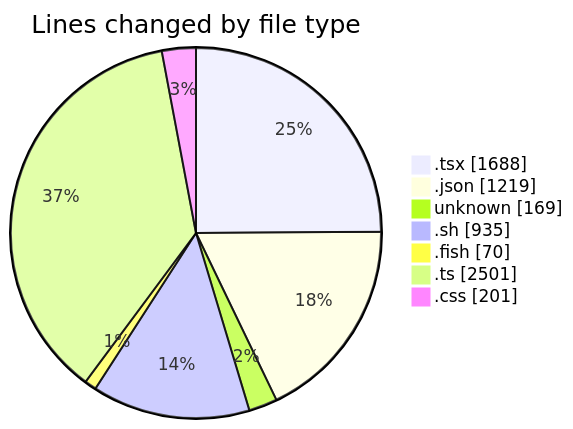
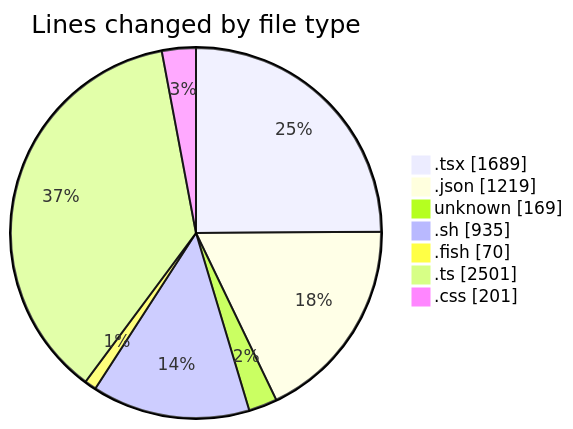
One commit to EIIisD/code-tracking changed the first of 2 diagrams in 2025-07-17/ribbon/README.md. Above: the diagram before and after it, drawn with Mermaid. The commit also changed other lines of this file and 1 other file, not shown here.

````diff
--- a/2025-07-17/ribbon/README.md
+++ b/2025-07-17/ribbon/README.md
@@ -54,11 +54,11 @@
 ```mermaid
 pie showData
 title Lines changed by file type
-".tsx" : 1688
+".tsx" : 1689
 ".json" : 1219
 "unknown" : 169
 ".sh" : 935
 ".fish" : 70
 ".ts" : 2501
 ".css" : 201
 ```
````
